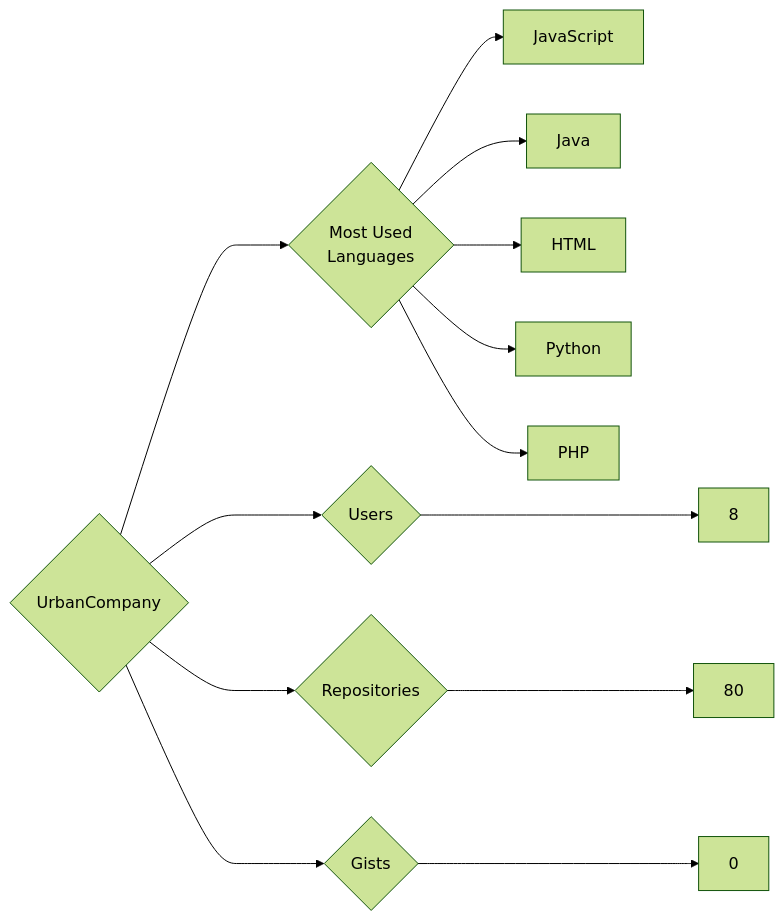
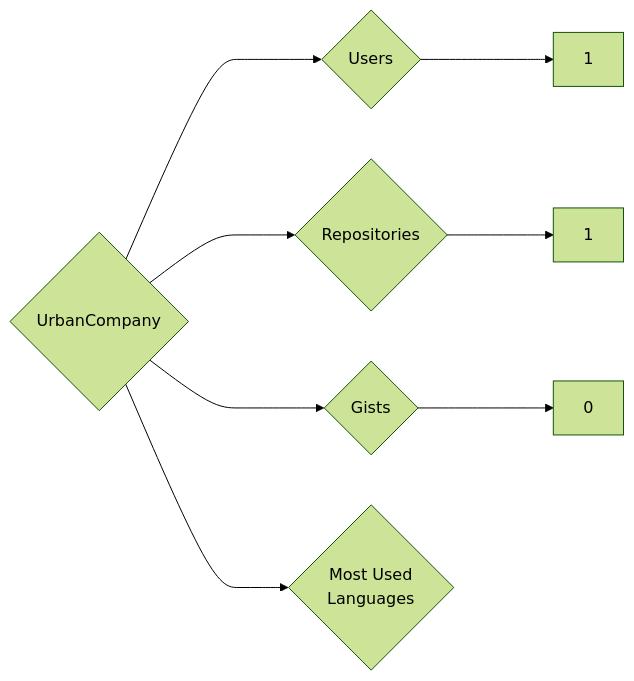
One commit to trickest/insiders changed the diagram in targets/UrbanCompany/README.md. Above: the diagram before and after it, drawn with Mermaid (forest theme). The commit also changed 939 other files, not shown here.

````diff
--- a/targets/UrbanCompany/README.md
+++ b/targets/UrbanCompany/README.md
@@ -3,13 +3,8 @@
 ```mermaid
 graph LR
 COMPANY_NAME{UrbanCompany}
-COMPANY_NAME ---> U{Users} ---> UN[8]
-COMPANY_NAME ---> R{Repositories} ---> RN[80]
+COMPANY_NAME ---> U{Users} ---> UN[1]
+COMPANY_NAME ---> R{Repositories} ---> RN[1]
 COMPANY_NAME ---> G{Gists} ---> GN[0]
 COMPANY_NAME ---> ML{Most Used<br>Languages}
-ML --> JavaScript[JavaScript]
-ML --> Java[Java]
-ML --> HTML[HTML]
-ML --> Python[Python]
-ML --> PHP[PHP]
 ```
````
